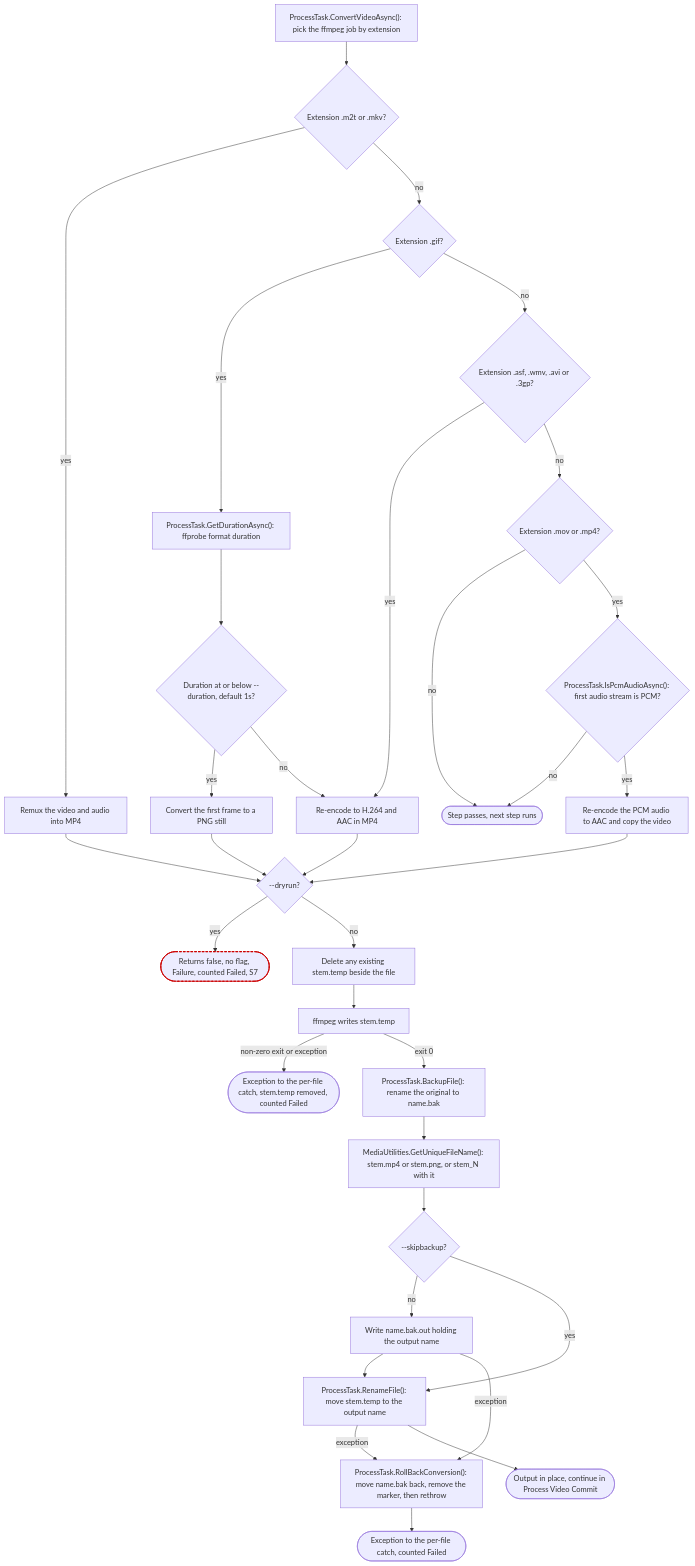
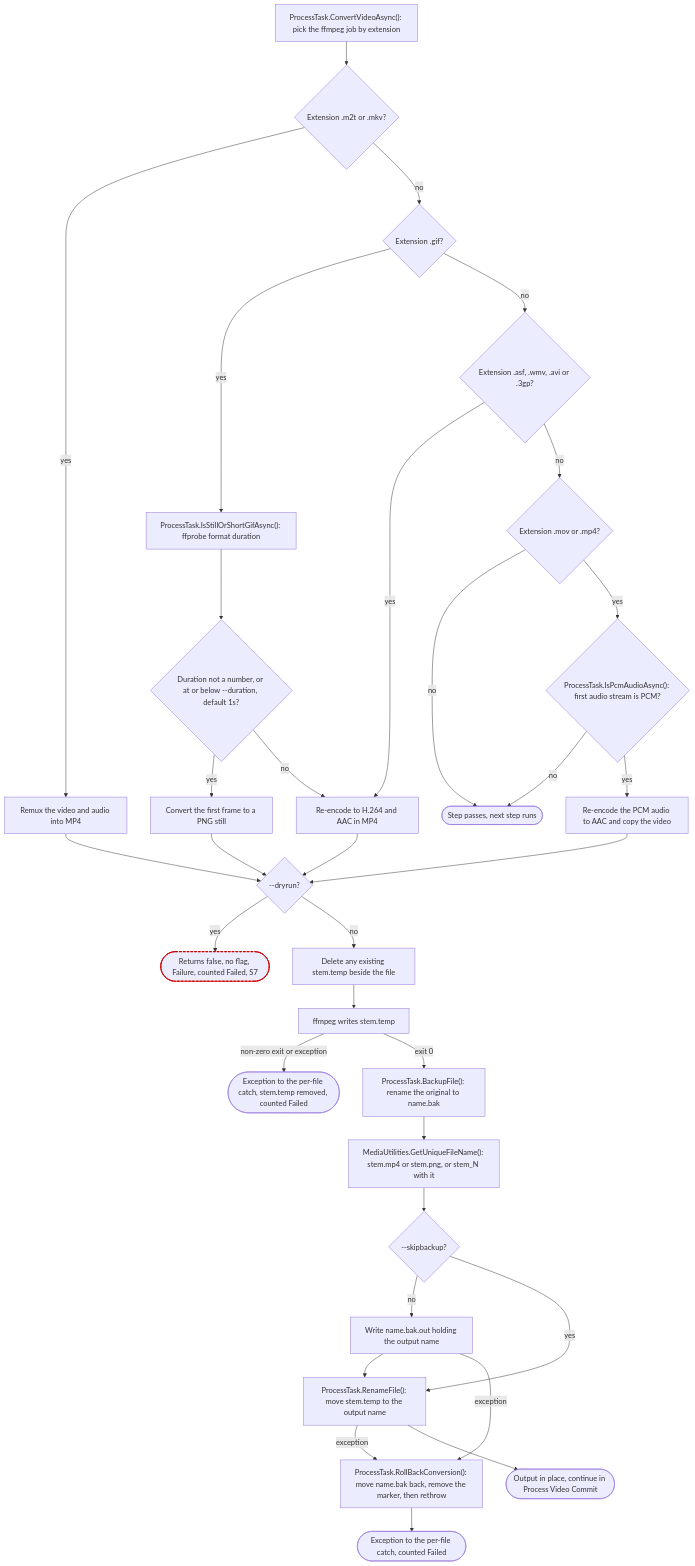
One commit to ptr727/PhotoCleaner changed the eighth of 23 diagrams in ARCHITECTURE.md. Above: the diagram before and after it, drawn with Mermaid. The commit also changed other lines of this file and 5 other files, not shown here.

First line of the commit message:
Treat a GIF With No Duration as a Still, and Document --duration's GIF Role

````diff
--- a/ARCHITECTURE.md
+++ b/ARCHITECTURE.md
@@ -500,54 +500,54 @@
 ```mermaid
 flowchart TD
   v0["ProcessTask.ConvertVideoAsync(): pick the ffmpeg job by extension"]
   v1{"Extension .m2t or .mkv?"}
   vg{"Extension .gif?"}
-  gd["ProcessTask.GetDurationAsync(): ffprobe format duration"]
-  gq{"Duration at or below --duration, default 1s?"}
+  gd["ProcessTask.IsStillOrShortGifAsync(): ffprobe format duration"]
+  gq{"Duration not a number, or at or below --duration, default 1s?"}
   still["Convert the first frame to a PNG still"]
   v2{"Extension .asf, .wmv, .avi or .3gp?"}
   v3{"Extension .mov or .mp4?"}
   v4{"ProcessTask.IsPcmAudioAsync(): first audio stream is PCM?"}
   pass(["Step passes, next step runs"])
   remux["Remux the video and audio into MP4"]
   reenc["Re-encode to H.264 and AAC in MP4"]
   aac["Re-encode the PCM audio to AAC and copy the video"]
   dry{"--dryrun?"}
   dryEnd(["Returns false, no flag, Failure, counted Failed, S7"]):::suspect
   tmp["Delete any existing stem.temp beside the file"]
   ff["ffmpeg writes stem.temp"]
   ffEnd(["Exception to the per-file catch, stem.temp removed, counted Failed"])
   bak["ProcessTask.BackupFile(): rename the original to name.bak"]
   outName["MediaUtilities.GetUniqueFileName(): stem.mp4 or stem.png, or stem_N with it"]
   sb{"--skipbackup?"}
   marker["Write name.bak.out holding the output name"]
   mv["ProcessTask.RenameFile(): move stem.temp to the output name"]
   left["ProcessTask.RollBackConversion(): move name.bak back, remove the marker, then rethrow"]
   leftEnd(["Exception to the per-file catch, counted Failed"])
   commit(["Output in place, continue in Process Video Commit"])
 
   v0 --> v1
   v1 -->|"yes"| remux --> dry
   v1 -->|"no"| vg
   vg -->|"yes"| gd --> gq
   gq -->|"yes"| still --> dry
   gq -->|"no"| reenc
   vg -->|"no"| v2
   v2 -->|"yes"| reenc --> dry
   v2 -->|"no"| v3
   v3 -->|"no"| pass
   v3 -->|"yes"| v4
   v4 -->|"no"| pass
   v4 -->|"yes"| aac --> dry
   dry -->|"yes"| dryEnd
   dry -->|"no"| tmp --> ff
   ff -->|"non-zero exit or exception"| ffEnd
   ff -->|"exit 0"| bak --> outName --> sb
   sb -->|"no"| marker --> mv
   sb -->|"yes"| mv
   marker -->|"exception"| left
   mv -->|"exception"| left
   left --> leftEnd
   mv --> commit
   classDef suspect stroke:#c00,stroke-width:2px,stroke-dasharray:5 3
 ```
````
